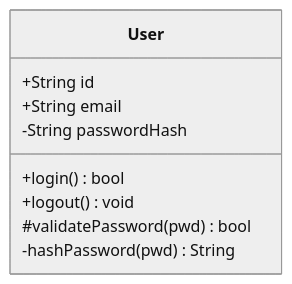
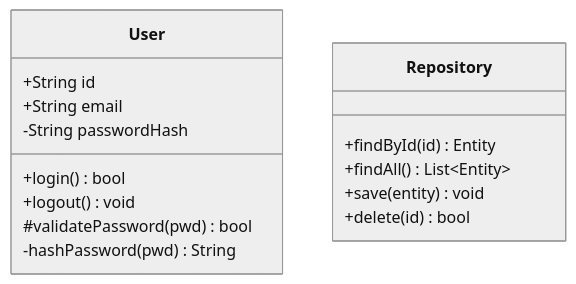
One commit to marcusquinn/aidevops changed the first of 12 diagrams in .agents/tools/diagrams/mermaid-diagrams-skill/class-er.md. Above: the diagram before and after it, drawn with Mermaid (neutral theme). The commit also changed other lines of this file, not shown here.

First line of the commit message:
docs: tighten class-er.md reference doc structure

````diff
--- a/.agents/tools/diagrams/mermaid-diagrams-skill/class-er.md
+++ b/.agents/tools/diagrams/mermaid-diagrams-skill/class-er.md
@@ -9,12 +11,18 @@
 ```mermaid
 classDiagram
     class User {
         +String id
         +String email
         -String passwordHash
         +login() bool
         +logout() void
         #validatePassword(pwd) bool
         -hashPassword(pwd) String
     }
+    class Repository {
+        +findById(id) Entity
+        +findAll() List~Entity~
+        +save(entity) void
+        +delete(id) bool
+    }
 ```
````
